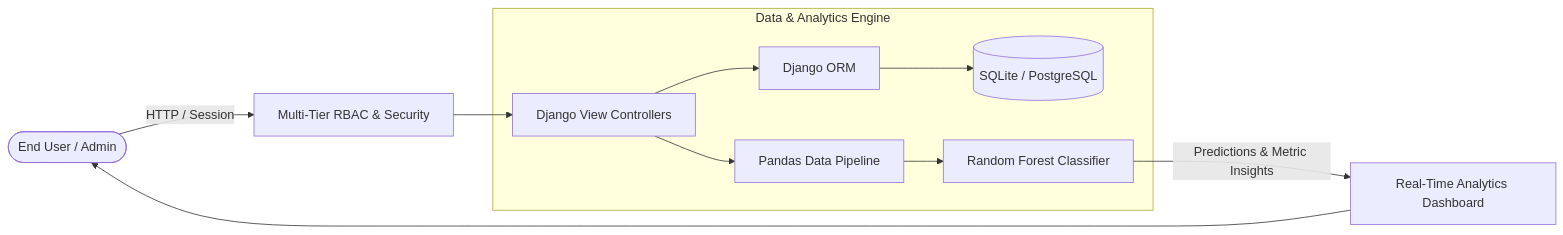
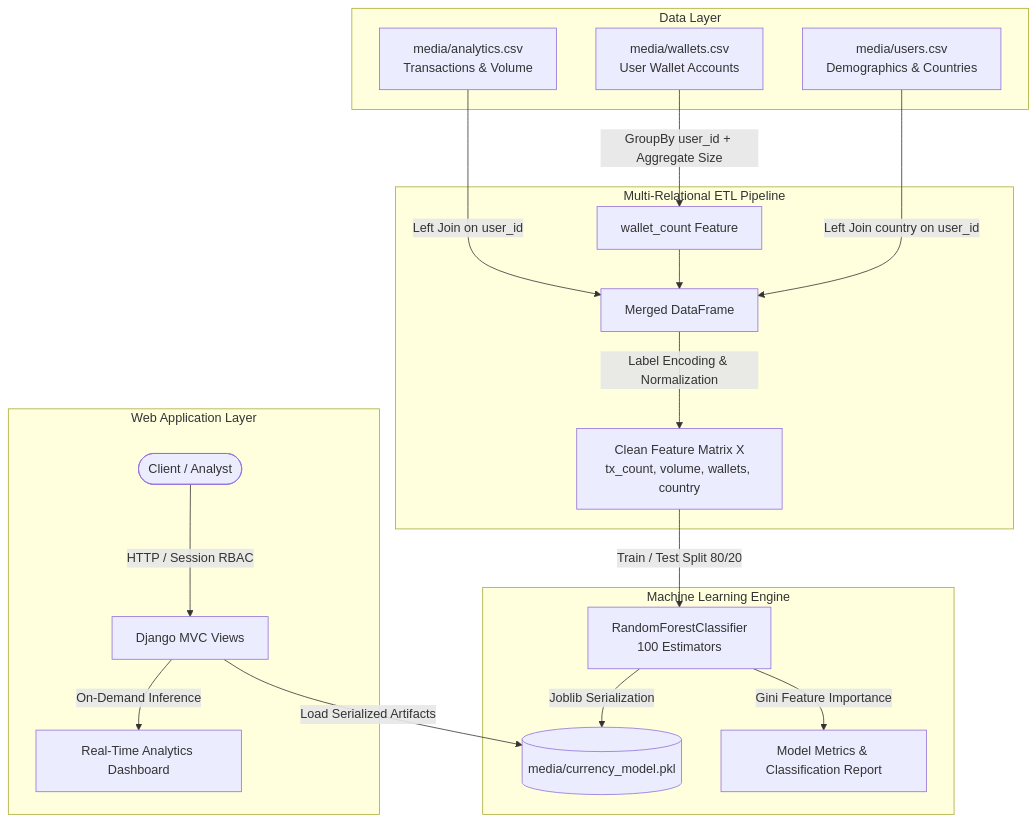
Before and after one commit to mullewarpramodh-tech/digital-currency-analytics-platform: the diagram in README.md, drawn with Mermaid. The commit also changed other lines of this file and 9 other files, not shown here.

````diff
--- a/README.md
+++ b/README.md
@@ -16,15 +27,28 @@
 ```mermaid
-flowchart LR
-    User([End User / Admin]) -->|HTTP / Session| Auth[Multi-Tier RBAC & Security]
-    Auth --> Views[Django View Controllers]
-    
-    subgraph Data & Analytics Engine
-        Views --> ORM[Django ORM]
-        ORM --> DB[(SQLite / PostgreSQL)]
-        Views --> ETL[Pandas Data Pipeline]
-        ETL --> ML[Random Forest Classifier]
+flowchart TD
+    subgraph Data Layer
+        A1[media/analytics.csv<br/>Transactions & Volume]
+        A2[media/wallets.csv<br/>User Wallet Accounts]
+        A3[media/users.csv<br/>Demographics & Countries]
     end
 
-    ML -->|Predictions & Metric Insights| Dashboard[Real-Time Analytics Dashboard]
-    Dashboard --> User
+    subgraph Multi-Relational ETL Pipeline
+        A2 -->|GroupBy user_id + Aggregate Size| B1[wallet_count Feature]
+        A1 -->|Left Join on user_id| B2[Merged DataFrame]
+        B1 --> B2
+        A3 -->|Left Join country on user_id| B2
+        B2 -->|Label Encoding & Normalization| C[Clean Feature Matrix X<br/>tx_count, volume, wallets, country]
+    end
+
+    subgraph Machine Learning Engine
+        C -->|Train / Test Split 80/20| D[RandomForestClassifier<br/>100 Estimators]
+        D -->|Gini Feature Importance| E[Model Metrics & Classification Report]
+        D -->|Joblib Serialization| F[(media/currency_model.pkl)]
+    end
+
+    subgraph Web Application Layer
+        User([Client / Analyst]) -->|HTTP / Session RBAC| G[Django MVC Views]
+        G -->|Load Serialized Artifacts| F
+        G -->|On-Demand Inference| H[Real-Time Analytics Dashboard]
+    end
 ```
````
